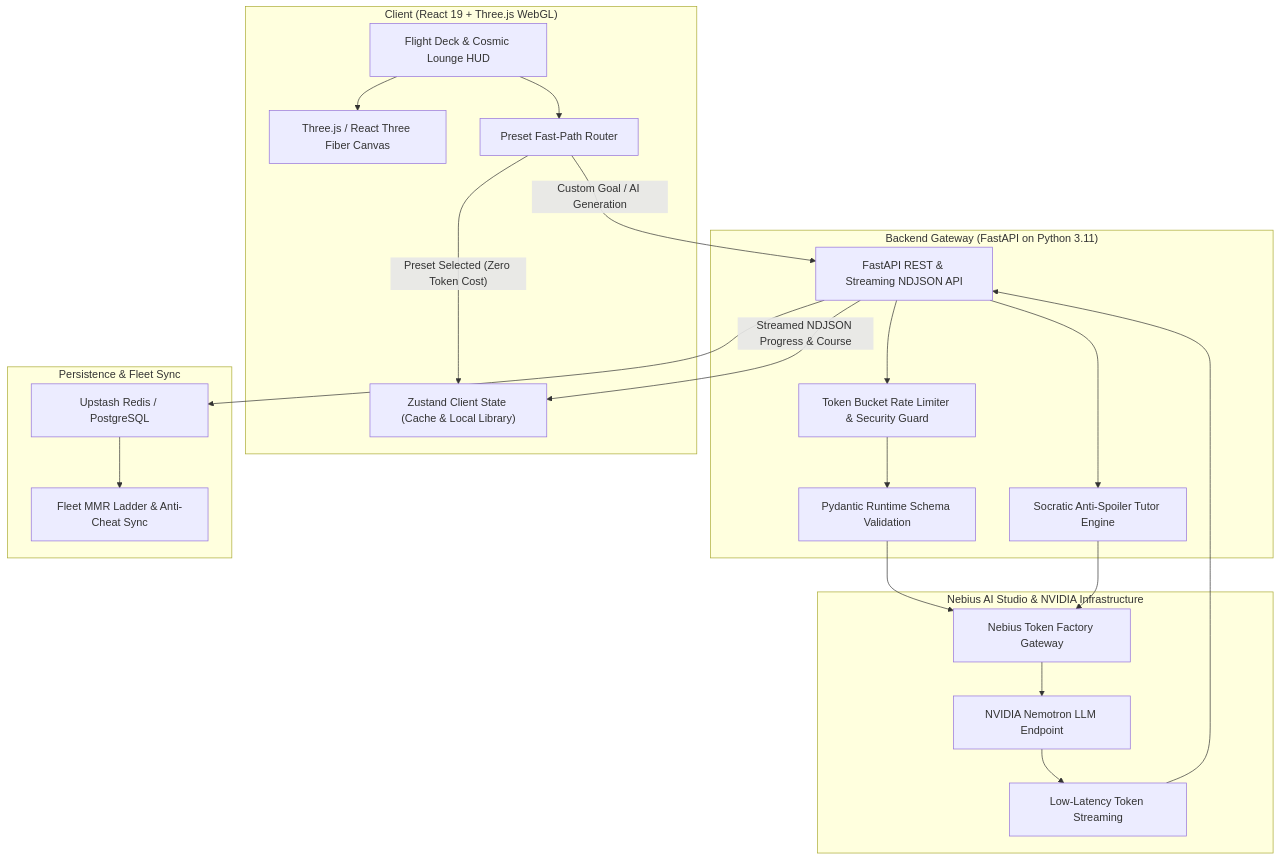
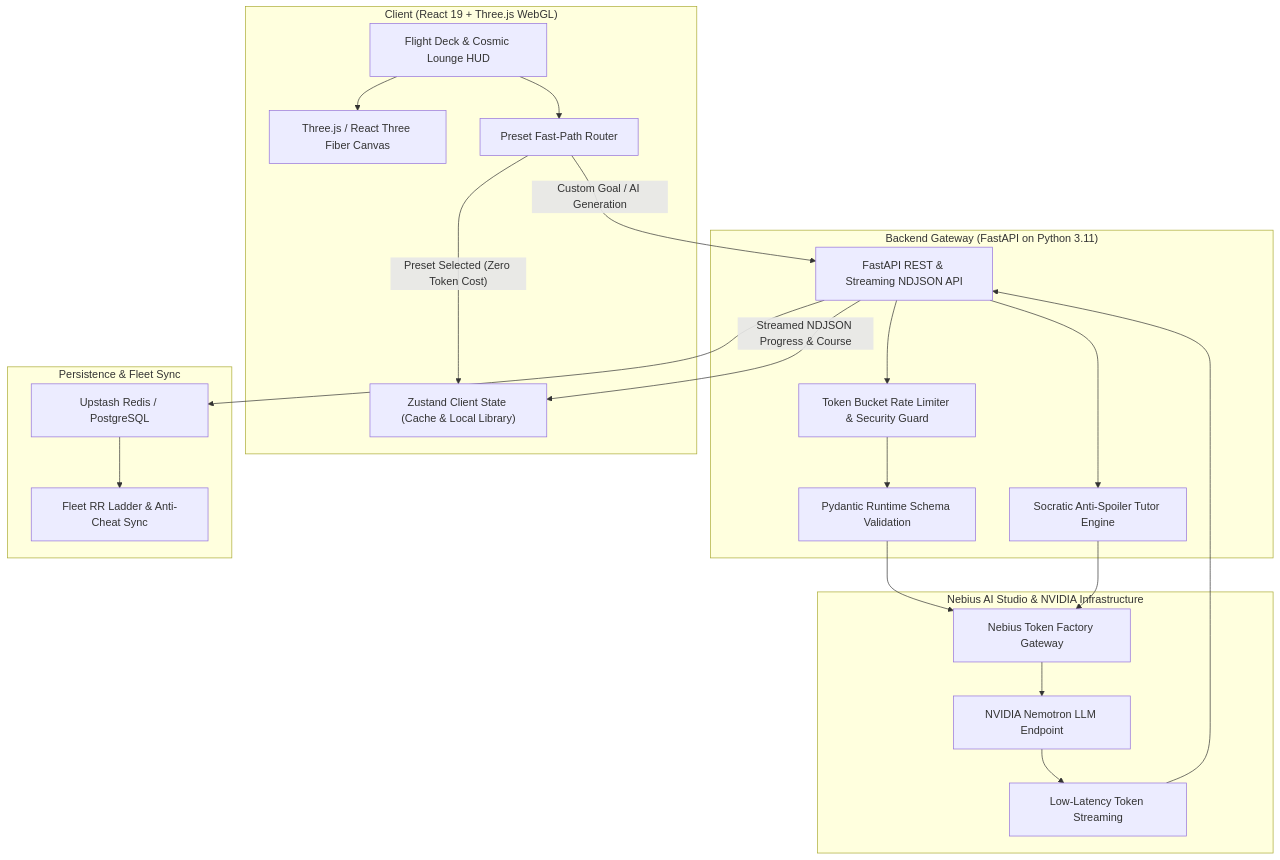
The diagram in README.md (Ritanshu-Prasad/project-nova), drawn with Mermaid before and after one commit. The commit also changed other lines of this file and 37 other files, not shown here.

````diff
--- a/README.md
+++ b/README.md
@@ -52,43 +52,43 @@
 ```mermaid
 flowchart TD
     subgraph Client ["Client (React 19 + Three.js WebGL)"]
         UI["Flight Deck & Cosmic Lounge HUD"]
         Canvas3D["Three.js / React Three Fiber Canvas"]
         CourseStore["Zustand Client State (Cache & Local Library)"]
         PresetRouter["Preset Fast-Path Router"]
     end
 
     subgraph Gateway ["Backend Gateway (FastAPI on Python 3.11)"]
         API["FastAPI REST & Streaming NDJSON API"]
         RateLimit["Token Bucket Rate Limiter & Security Guard"]
         SchemaVal["Pydantic Runtime Schema Validation"]
         TutorEngine["Socratic Anti-Spoiler Tutor Engine"]
     end
 
     subgraph NebiusCloud ["Nebius AI Studio & NVIDIA Infrastructure"]
         NebiusAPI["Nebius Token Factory Gateway"]
         NemotronModel["NVIDIA Nemotron LLM Endpoint"]
         StreamTokens["Low-Latency Token Streaming"]
     end
 
     subgraph Persistence ["Persistence & Fleet Sync"]
         RedisStore["Upstash Redis / PostgreSQL"]
-        Leaderboard["Fleet MMR Ladder & Anti-Cheat Sync"]
+        Leaderboard["Fleet RR Ladder & Anti-Cheat Sync"]
     end
 
     UI --> PresetRouter
     PresetRouter -- "Preset Selected (Zero Token Cost)" --> CourseStore
     PresetRouter -- "Custom Goal / AI Generation" --> API
     UI --> Canvas3D
 
     API --> RateLimit --> SchemaVal
     API --> TutorEngine
 
     SchemaVal --> NebiusAPI
     TutorEngine --> NebiusAPI
     NebiusAPI --> NemotronModel --> StreamTokens --> API
 
     API --> RedisStore
     RedisStore --> Leaderboard
     API -- "Streamed NDJSON Progress & Course" --> CourseStore
 ```
````
